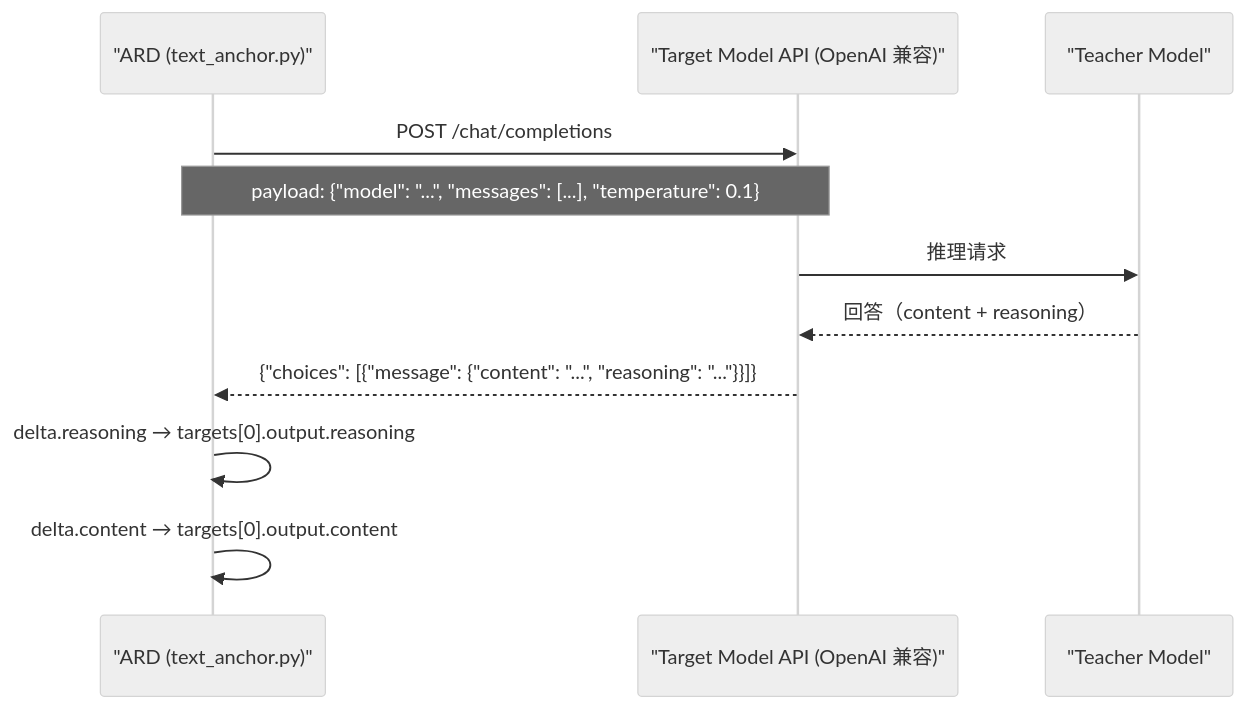
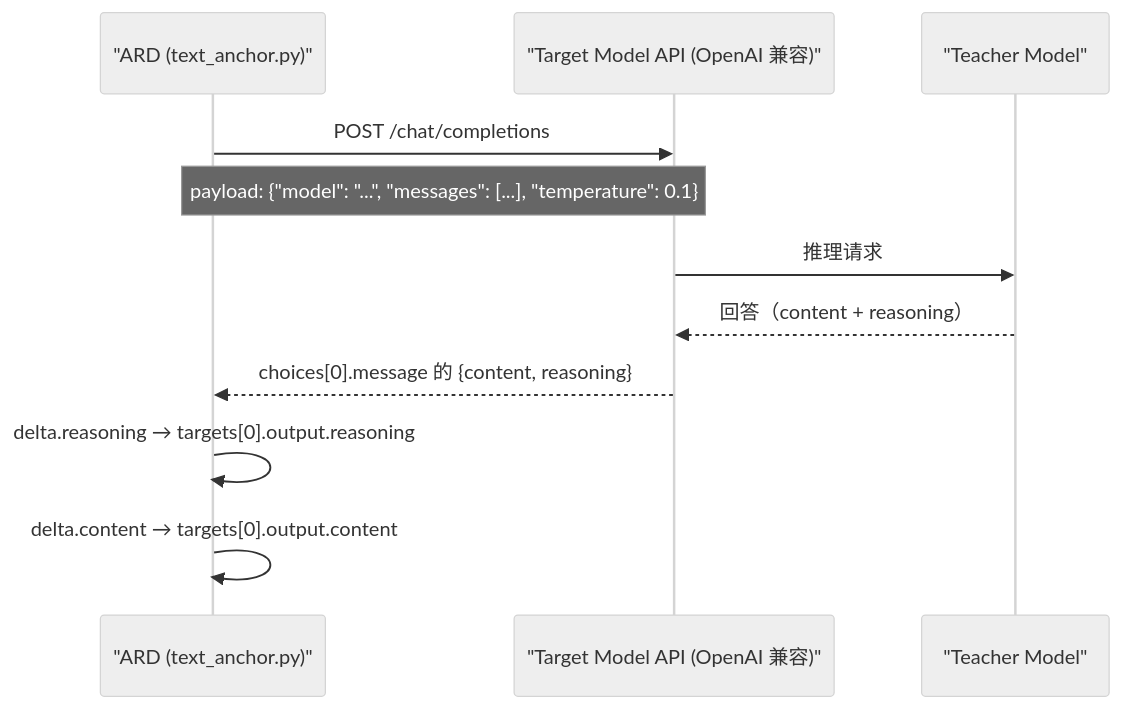
The sixth of 10 diagrams in docs/architecture.md (godthrone/anchor-replay-distillation), drawn with Mermaid (neutral theme) before and after one commit. The commit also changed other lines of this file, not shown here.

First line of the commit message:
docs(architecture): align module map and appendix with src/ard, sink impl details

````diff
--- a/docs/architecture.md
+++ b/docs/architecture.md
@@ -476,14 +949,14 @@
 ```mermaid
 sequenceDiagram
     participant ARD as "ARD (text_anchor.py)"
     participant API as "Target Model API (OpenAI 兼容)"
     participant Model as "Teacher Model"
 
     ARD->>API: POST /chat/completions
     Note over ARD,API: payload: {"model": "...", "messages": [...], "temperature": 0.1}
     API->>Model: 推理请求
     Model-->>API: 回答（content + reasoning）
-    API-->>ARD: {"choices": [{"message": {"content": "...", "reasoning": "..."}}]}
+    API-->>ARD: choices[0].message 的 {content, reasoning}
     ARD->>ARD: delta.reasoning → targets[0].output.reasoning
     ARD->>ARD: delta.content → targets[0].output.content
 ```
````
